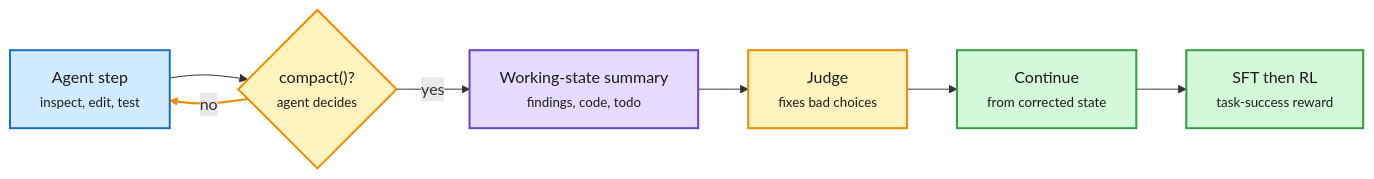
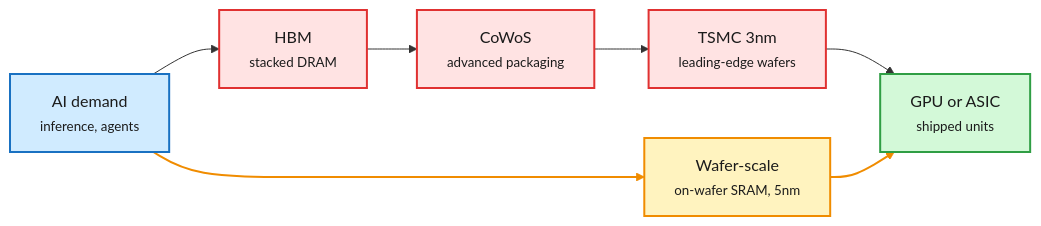
One commit to bayesiansapien/cere-bro changed the second of 7 diagrams in wiki/daily-digest/2026-10/2026-10-04.md. Above: the diagram before and after it, drawn with Mermaid. The commit also changed other lines of this file, not shown here.

````diff
--- a/wiki/daily-digest/2026-10/2026-10-04.md
+++ b/wiki/daily-digest/2026-10/2026-10-04.md
@@ -165,18 +99,19 @@
 ```mermaid
 flowchart LR
-  A["Agent step<br/><small>inspect, edit, test</small>"] --> D{"compact()?<br/><small>agent decides</small>"}
-  D -->|no| A
-  D -->|yes| S["Working-state summary<br/><small>findings, code, todo</small>"]
-  S --> J["Judge<br/><small>fixes bad choices</small>"]
-  J --> C["Continue<br/><small>from corrected state</small>"]
-  C --> T["SFT then RL<br/><small>task-success reward</small>"]
+  D["AI demand<br/><small>inference, agents</small>"] --> H["HBM<br/><small>stacked DRAM</small>"]
+  H --> C["CoWoS<br/><small>advanced packaging</small>"]
+  C --> N["TSMC 3nm<br/><small>leading-edge wafers</small>"]
+  N --> G["GPU or ASIC<br/><small>shipped units</small>"]
+  D --> W["Wafer-scale<br/><small>on-wafer SRAM, 5nm</small>"]
+  W --> G
   classDef input fill:#d0ebff,stroke:#1971c2,color:#1b1b1b,stroke-width:2px
-  classDef core fill:#e5dbff,stroke:#6741d9,color:#1b1b1b,stroke-width:2px
+  classDef err fill:#ffe3e3,stroke:#e03131,color:#1b1b1b,stroke-width:2px
   classDef loop fill:#fff3bf,stroke:#f08c00,color:#1b1b1b,stroke-width:2px
   classDef exit fill:#d3f9d8,stroke:#2f9e44,color:#1b1b1b,stroke-width:2px
-  class A input
-  class D,J loop
-  class S core
-  class C,T exit
-  linkStyle 1 stroke:#f08c00,stroke-width:2px
+  class D input
+  class H,C,N err
+  class W loop
+  class G exit
+  linkStyle 4 stroke:#f08c00,stroke-width:2px
+  linkStyle 5 stroke:#f08c00,stroke-width:2px
 ```
````
